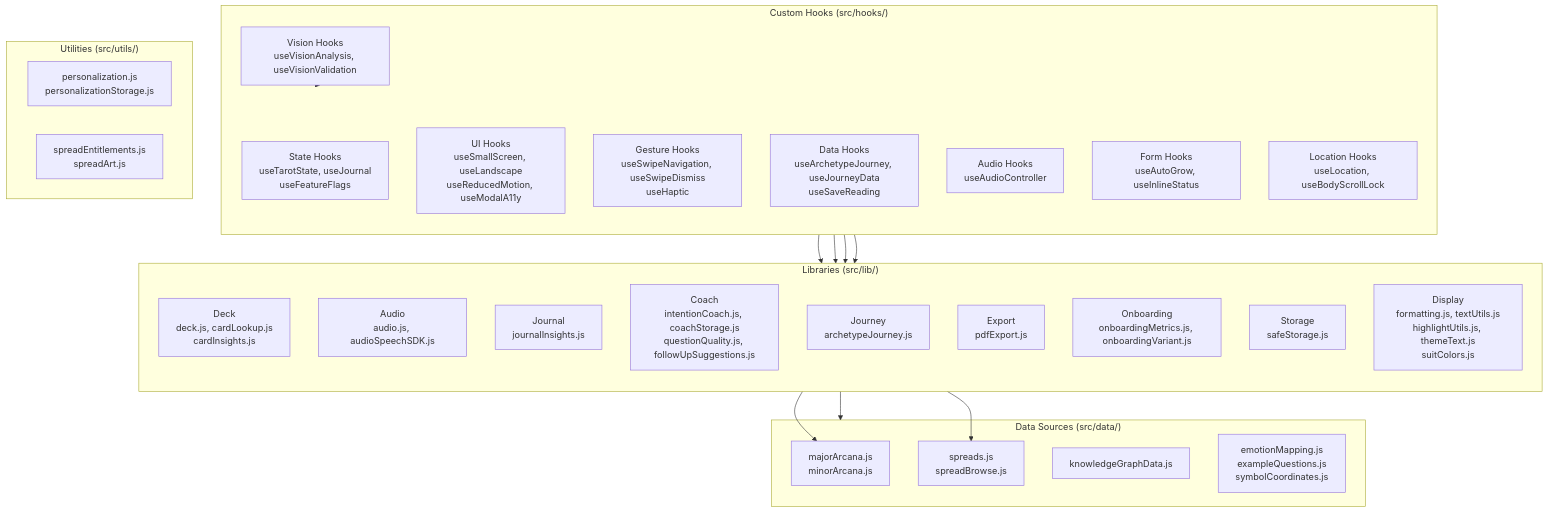
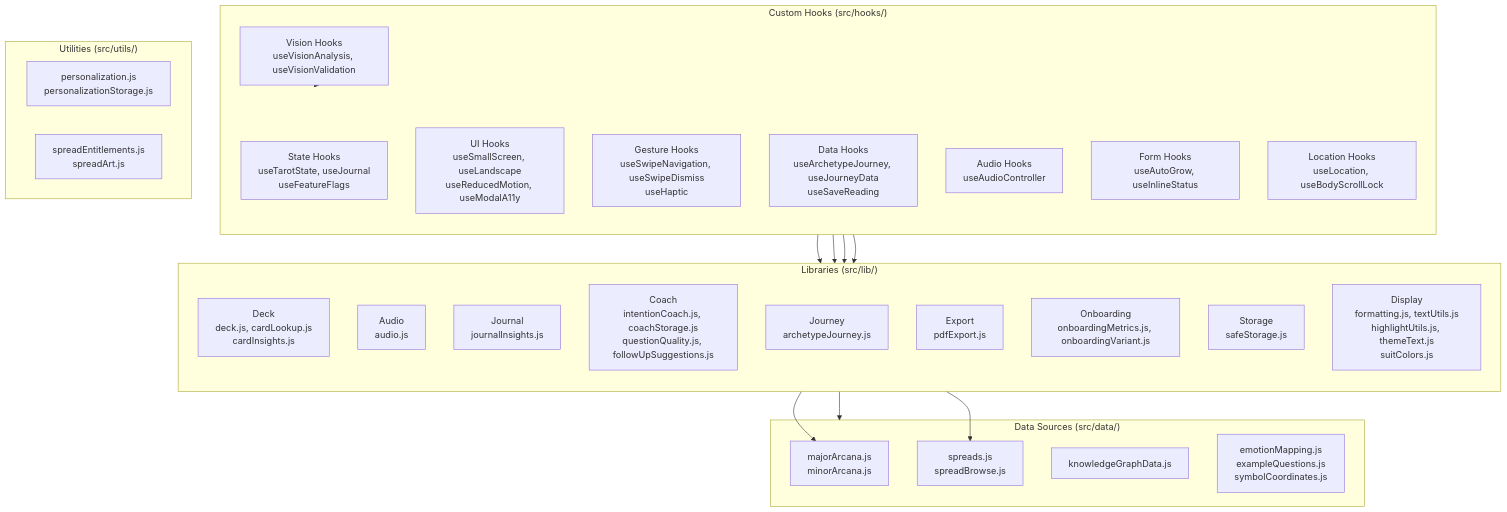
Before and after one commit to henryperkins/tarot: the third of 17 diagrams in docs/architecture/full-system-diagrams.md, drawn with Mermaid. The commit also changed other lines of this file and 41 other files, not shown here.

````diff
--- a/docs/architecture/full-system-diagrams.md
+++ b/docs/architecture/full-system-diagrams.md
@@ -132,48 +130,48 @@
 ```mermaid
 graph TB
     subgraph Hooks["Custom Hooks (src/hooks/)"]
         direction TB
         StateHooks["State Hooks<br>useTarotState, useJournal<br>useFeatureFlags"]
         UIHooks["UI Hooks<br>useSmallScreen, useLandscape<br>useReducedMotion, useModalA11y"]
         GestureHooks["Gesture Hooks<br>useSwipeNavigation, useSwipeDismiss<br>useHaptic"]
         DataHooks["Data Hooks<br>useArchetypeJourney, useJourneyData<br>useSaveReading"]
         AudioHooks["Audio Hooks<br>useAudioController"]
         VisionHooks["Vision Hooks<br>useVisionAnalysis, useVisionValidation"]
         FormHooks["Form Hooks<br>useAutoGrow, useInlineStatus"]
         LocationHooks["Location Hooks<br>useLocation, useBodyScrollLock"]
     end
 
     subgraph Libs["Libraries (src/lib/)"]
         direction TB
         DeckLib["Deck<br>deck.js, cardLookup.js<br>cardInsights.js"]
-        AudioLib["Audio<br>audio.js, audioSpeechSDK.js"]
+        AudioLib["Audio<br>audio.js"]
         JournalLib["Journal<br>journalInsights.js"]
         CoachLib["Coach<br>intentionCoach.js, coachStorage.js<br>questionQuality.js, followUpSuggestions.js"]
         JourneyLib["Journey<br>archetypeJourney.js"]
         ExportLib["Export<br>pdfExport.js"]
         OnboardLib["Onboarding<br>onboardingMetrics.js, onboardingVariant.js"]
         StorageLib["Storage<br>safeStorage.js"]
         DisplayLib["Display<br>formatting.js, textUtils.js<br>highlightUtils.js, themeText.js<br>suitColors.js"]
     end
 
     subgraph Utils["Utilities (src/utils/)"]
         Personalization["personalization.js<br>personalizationStorage.js"]
         SpreadUtils["spreadEntitlements.js<br>spreadArt.js"]
     end
 
     subgraph Data["Data Sources (src/data/)"]
         Cards["majorArcana.js<br>minorArcana.js"]
         Spreads["spreads.js<br>spreadBrowse.js"]
         Knowledge["knowledgeGraphData.js"]
         Content["emotionMapping.js<br>exampleQuestions.js<br>symbolCoordinates.js"]
     end
 
     StateHooks --> DeckLib
     StateHooks --> AudioLib
     DataHooks --> JourneyLib
     DataHooks --> JournalLib
     VisionHooks --> Hooks
     DeckLib --> Cards
     DeckLib --> Spreads
     CoachLib --> Data
 ```
````
